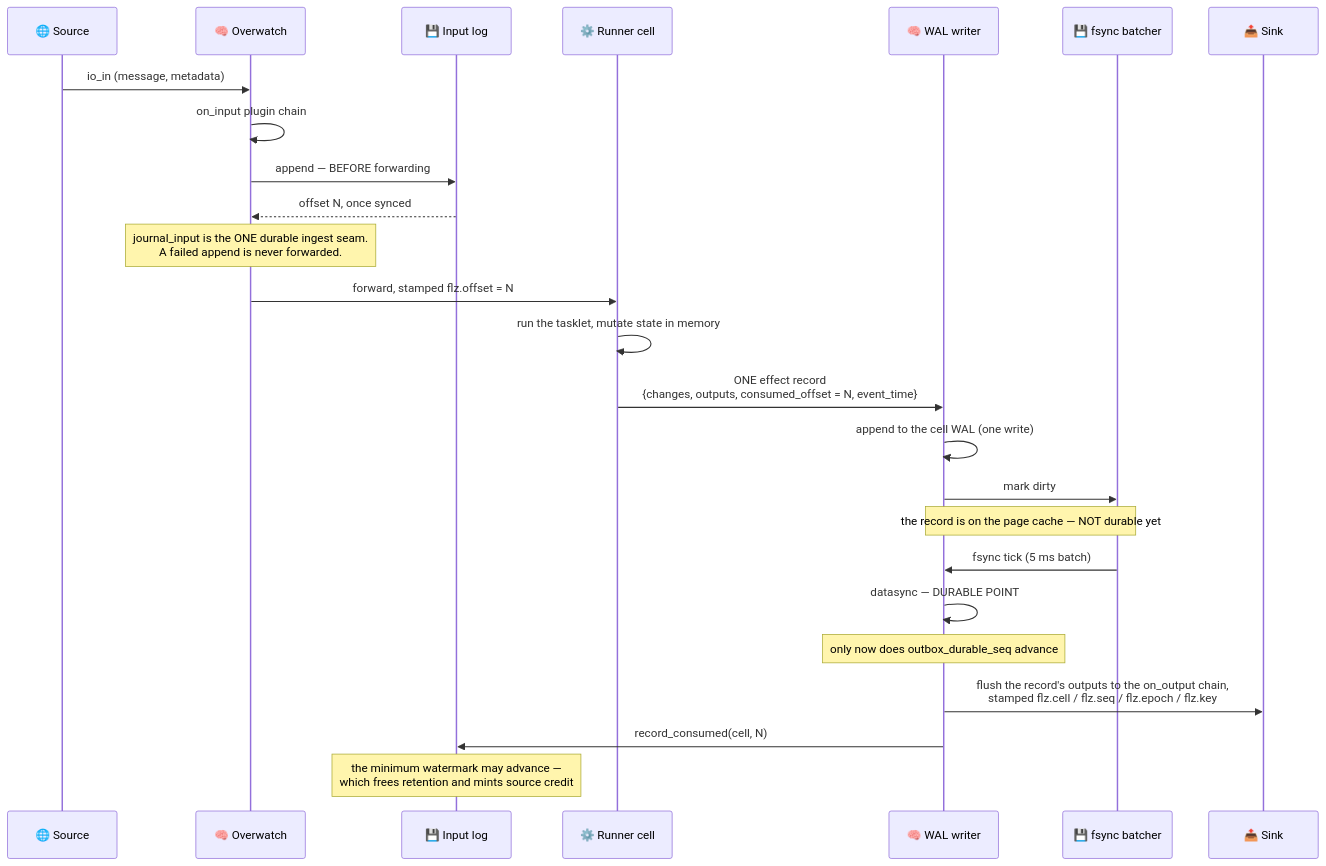
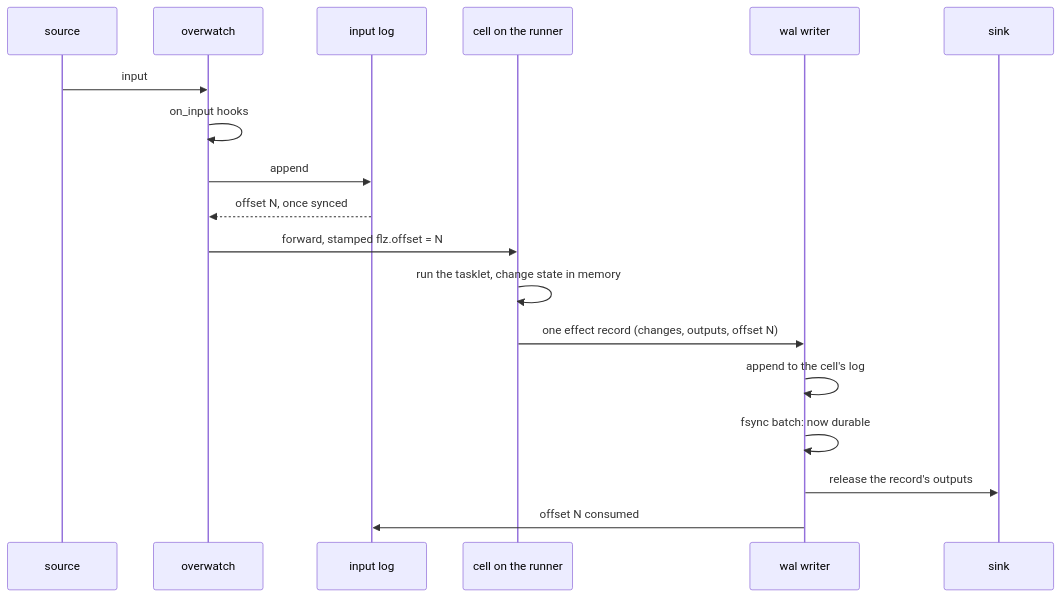
The first of 10 diagrams in docs/architecture/kernel.md (Flezha/flezha), drawn with Mermaid before and after one commit. The commit also changed other lines of this file and 10 other files, not shown here.

First line of the commit message:
Publish the architecture pages as their own chapter in the docs

````diff
--- a/docs/architecture/kernel.md
+++ b/docs/architecture/kernel.md
@@ -30,31 +48,21 @@
 ```mermaid
 sequenceDiagram
-    participant SRC as 🌐 Source
-    participant OW as 🧠 Overwatch
-    participant IL as 💾 Input log
-    participant EX as ⚙️ Runner cell
-    participant WW as 🧠 WAL writer
-    participant FB as 💾 fsync batcher
-    participant SINK as 📤 Sink
+    participant S as source
+    participant O as overwatch
+    participant L as input log
+    participant C as cell on the runner
+    participant W as wal writer
+    participant K as sink
 
-    SRC->>OW: io_in (message, metadata)
-    OW->>OW: on_input plugin chain
-    OW->>IL: append — BEFORE forwarding
-    IL-->>OW: offset N, once synced
-    Note over OW: journal_input is the ONE durable ingest seam.<br/>A failed append is never forwarded.
-    OW->>EX: forward, stamped flz.offset = N
-
-    EX->>EX: run the tasklet, mutate state in memory
-    EX->>WW: ONE effect record<br/>{changes, outputs, consumed_offset = N, event_time}
-    WW->>WW: append to the cell WAL (one write)
-    WW->>FB: mark dirty
-    Note over WW,FB: the record is on the page cache — NOT durable yet
-
-    FB->>WW: fsync tick (5 ms batch)
-    WW->>WW: datasync — DURABLE POINT
-    Note over WW: only now does outbox_durable_seq advance
-
-    WW->>SINK: flush the record's outputs to the on_output chain,<br/>stamped flz.cell / flz.seq / flz.epoch / flz.key
-    WW->>IL: record_consumed(cell, N)
-    Note over IL: the minimum watermark may advance —<br/>which frees retention and mints source credit
+    S->>O: input
+    O->>O: on_input hooks
+    O->>L: append
+    L-->>O: offset N, once synced
+    O->>C: forward, stamped flz.offset = N
+    C->>C: run the tasklet, change state in memory
+    C->>W: one effect record (changes, outputs, offset N)
+    W->>W: append to the cell's log
+    W->>W: fsync batch: now durable
+    W->>K: release the record's outputs
+    W->>L: offset N consumed
 ```
````
